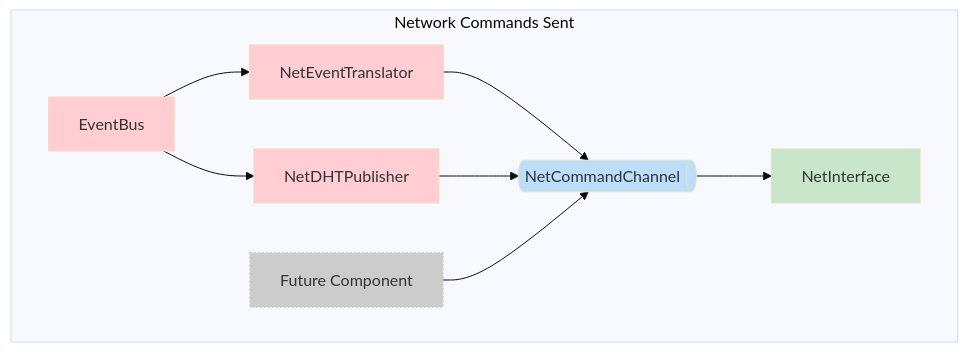
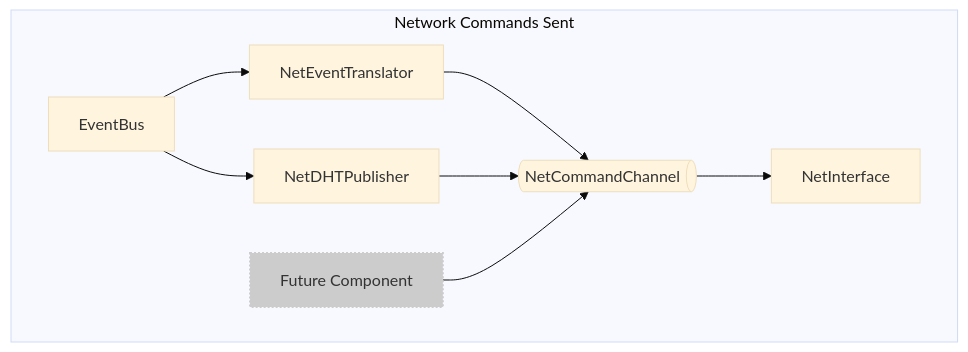
Before and after one commit to gnosisguild/enclave: the second of 2 diagrams in crates/net/NetSystem.md, drawn with Mermaid (base theme). The commit also changed other lines of this file and 7 other files, not shown here.

````diff
--- a/crates/net/NetSystem.md
+++ b/crates/net/NetSystem.md
@@ -61,36 +57,32 @@
 ```mermaid
 flowchart TB
     subgraph s1["Network Commands Sent"]
         EB["EventBus"]
         NET["NetEventTranslator"]
         NBDP["NetDHTPublisher"]
         NCC["NetCommandChannel"]
         NI["NetInterface"]
         FC["Future Component"]
     end
     EB --> NET & NBDP
     NET --> NCC
     NCC --> NI
     NBDP --> NCC
     FC --> NCC
 
     NCC@{ shape: h-cyl}
-    style NET fill:#FFCDD2
-    style NBDP fill:#FFCDD2
-    style EB fill:#FFCDD2
-    style NCC stroke-width:1px,stroke-dasharray: 0,fill:#BBDEFB
-    style NI stroke-width:1px,stroke-dasharray: 0,fill:#C8E6C9
+
     style FC fill:#CCCCCC,stroke-width:2px,stroke-dasharray: 2,stroke:#CCCCCC
 	
 	EB:::internal-link
 	NET:::internal-link
 	NBDP:::internal-link
 	NCC:::internal-link
 	NI:::internal-link
 
     click EB "http://github.com/gnosisguild/enclave/tree/main/crates/events/docs/EventBus.md"
     click NET "http://github.com/gnosisguild/enclave/tree/main/crates/net/docs/NetEventTranslator.md"
     click NBDP "http://github.com/gnosisguild/enclave/tree/main/crates/net/docs/NetDHTPublisher.md"
     click NCC "http://github.com/gnosisguild/enclave/tree/main/crates/net/docs/NetCommandChannel.md"
     click NI "http://github.com/gnosisguild/enclave/tree/main/crates/net/docs/NetInterface.md"
 ```
````
